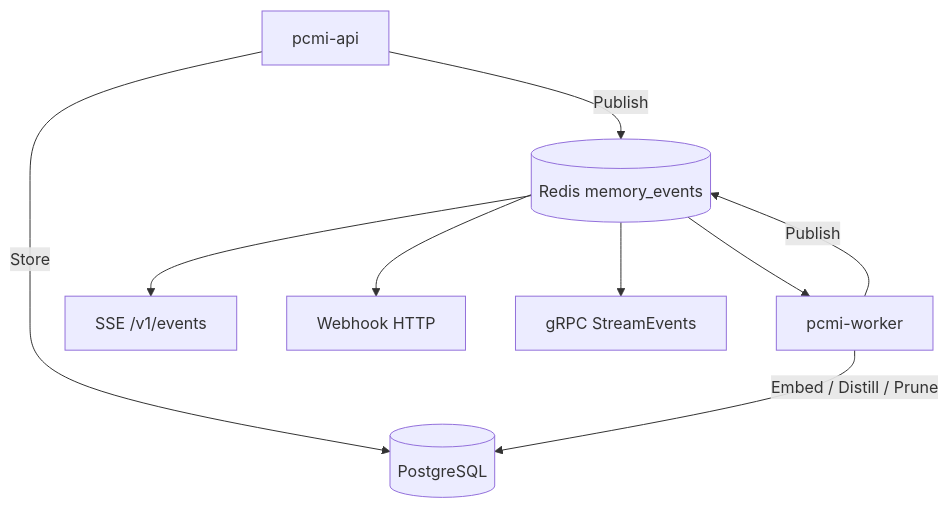
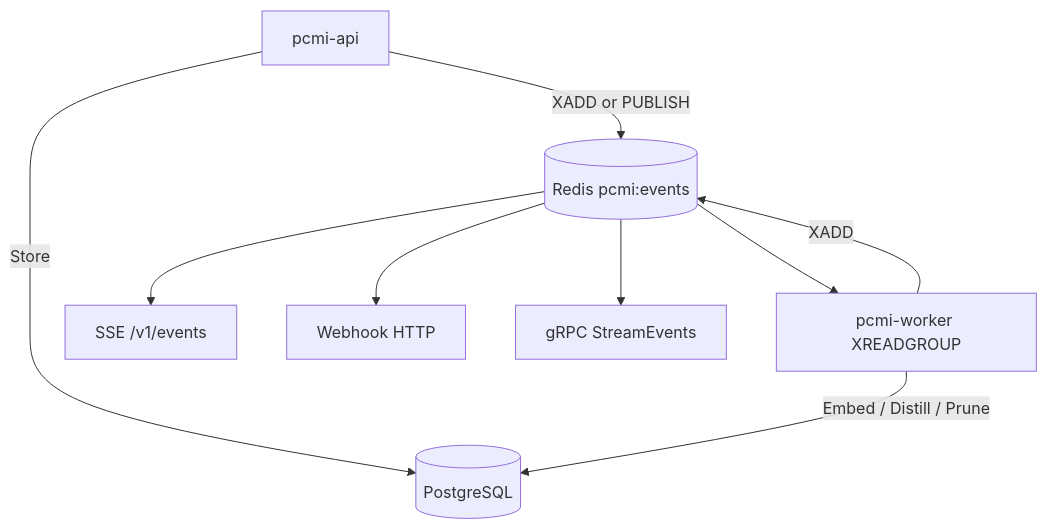
Before and after one commit to marco-spagn/pcmi: the first of 2 diagrams in docs/WORKERS-AND-EVENTS.md, drawn with Mermaid. The commit also changed other lines of this file and 12 other files, not shown here.

````diff
--- a/docs/WORKERS-AND-EVENTS.md
+++ b/docs/WORKERS-AND-EVENTS.md
@@ -7,19 +16,19 @@
 ```mermaid
 flowchart TB
   API[pcmi-api]
   PG[(PostgreSQL)]
-  R[(Redis memory_events)]
-  W[pcmi-worker]
+  R[(Redis pcmi:events)]
+  W[pcmi-worker XREADGROUP]
   SSE[SSE /v1/events]
   WH[Webhook HTTP]
   GRPC[gRPC StreamEvents]
 
   API -->|Store| PG
-  API -->|Publish| R
+  API -->|XADD or PUBLISH| R
   R --> W
   R --> SSE
   R --> WH
   R --> GRPC
   W -->|Embed / Distill / Prune| PG
-  W -->|Publish| R
+  W -->|XADD| R
 ```
````
